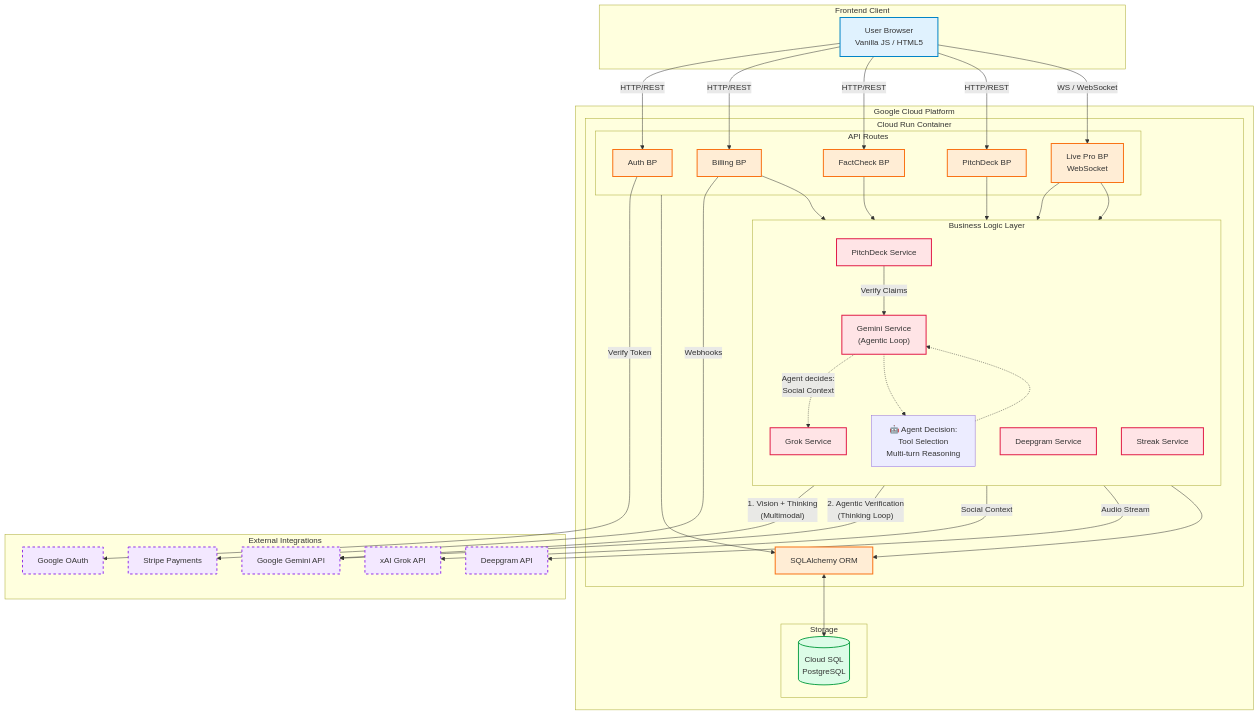
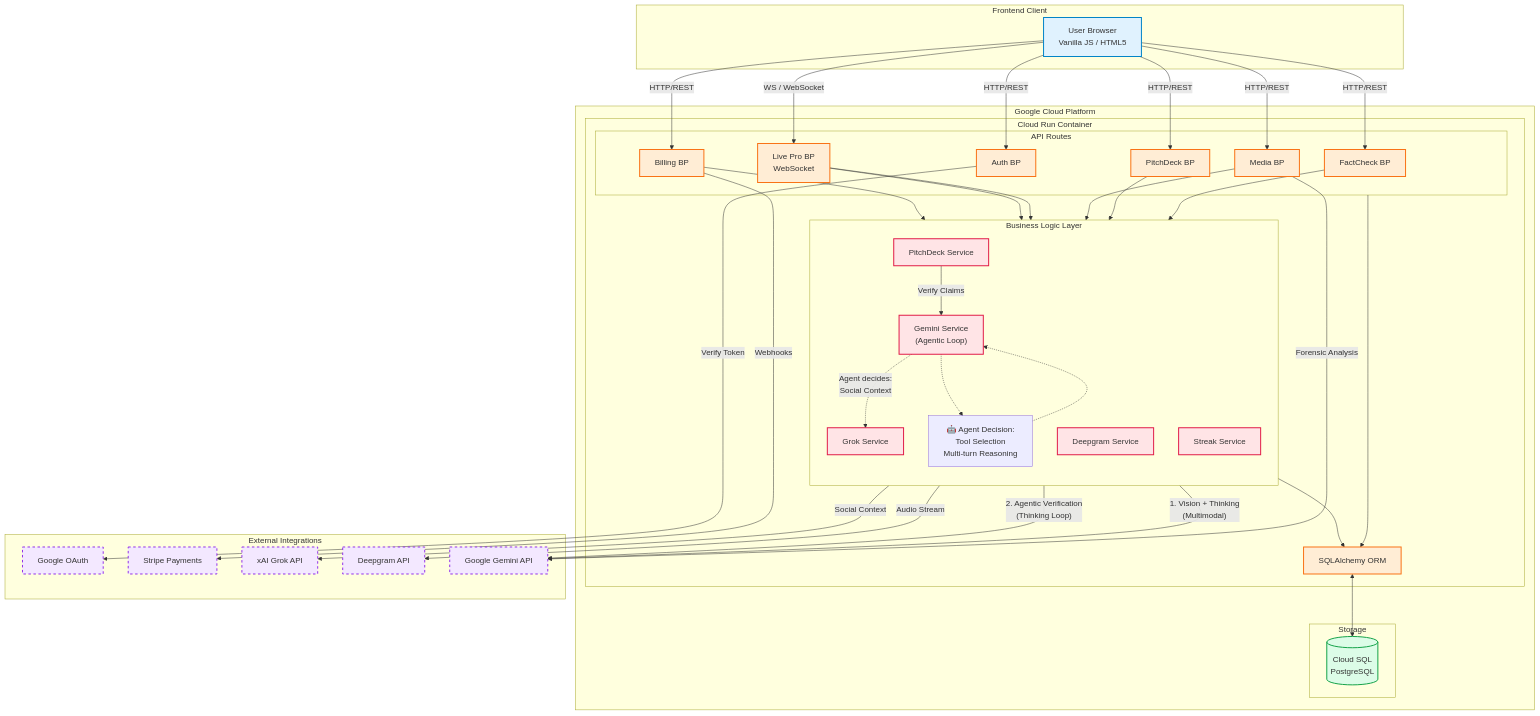
One commit to defluff/satoricheck changed the diagram in README.md. Above: the diagram before and after it, drawn with Mermaid. The commit also changed other lines of this file and 27 other files, not shown here.

```diff
--- a/README.md
+++ b/README.md
@@ -71,6 +71,7 @@
         FactBP["FactCheck BP"]
         LiveBP["Live Pro BP<br>WebSocket"]
         PitchBP["PitchDeck BP"]
+        MediaBP["Media BP"]
   end
  subgraph Logic["Business Logic Layer"]
     direction TB
@@ -102,10 +103,11 @@
         DeepgramAPI["Deepgram API"]
         GeminiAPI["Google Gemini API"]
   end
-    Browser -- HTTP/REST --> AuthBP & BillingBP & FactBP & PitchBP
+    Browser -- HTTP/REST --> AuthBP & BillingBP & FactBP & PitchBP & MediaBP
     Browser -- WS / WebSocket --> LiveBP
     FactBP --> GeminiSvc
     PitchBP --> PitchSvc
+    MediaBP --> GeminiSvc
     LiveBP --> DeepgramSvc & GeminiSvc
     BillingBP --> StreakSvc
     PitchSvc -- Verify Claims --> GeminiSvc
@@ -113,6 +115,7 @@
     AuthBP -- Verify Token --> OAuth
     BillingBP -- Webhooks --> StripeAPI
     PitchSvc -- "1. Vision + Thinking<br>(Multimodal)" --> GeminiAPI
+    MediaBP -- "Forensic Analysis" --> GeminiAPI
     GeminiSvc -- "2. Agentic Verification<br>(Thinking Loop)" --> GeminiAPI
     GrokSvc -- Social Context --> GrokAPI
     DeepgramSvc -- Audio Stream --> DeepgramAPI
@@ -126,6 +129,7 @@
      FactBP:::route
      LiveBP:::route
      PitchBP:::route
+     MediaBP:::route
      GrokSvc:::service
      DeepgramSvc:::service
      PitchSvc:::service
```
